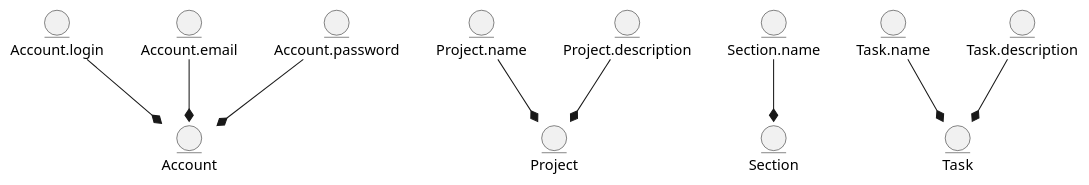
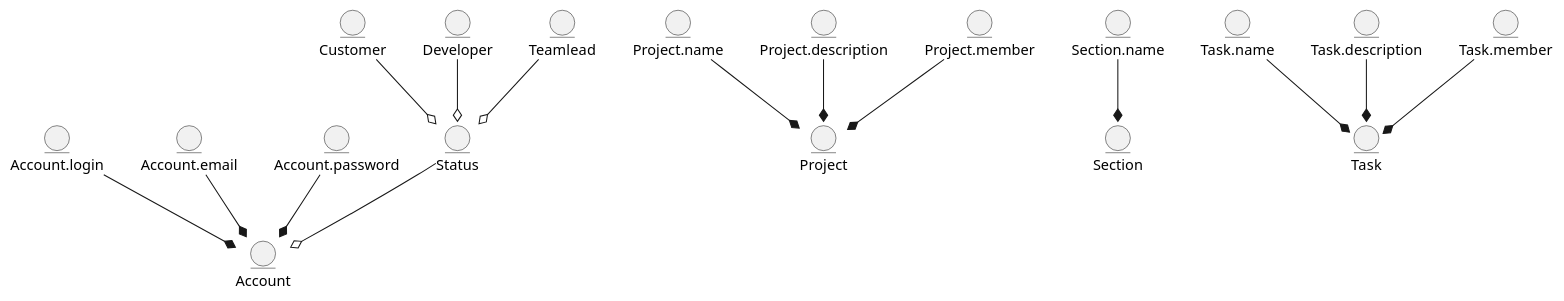
The diagram in docs/design/README.md (boldak/edu-db-cw), drawn with PlantUML before and after one commit.

Commit message:
some changes to entities

```diff
--- a/docs/design/README.md
+++ b/docs/design/README.md
@@ -15,31 +15,47 @@
 @startuml
 
     entity Account
     entity Account.login
     entity Account.email
     entity Account.password
 
+    entity Customer
+    entity Developer
+    entity Teamlead
+
+    entity Status
+
     entity Project
     entity Project.name
     entity Project.description
+    entity Project.member
 
     entity Section
     entity Section.name
 
     entity Task
     entity Task.name
     entity Task.description
+    entity Task.member
 
     Account.login --* Account
     Account.email --* Account
     Account.password --* Account
 
+    Customer --o Status
+    Developer --o Status
+    Teamlead --o Status
+
+    Status --o Account
+
     Project.name --* Project
     Project.description --* Project
+    Project.member --* Project
 
     Section.name --* Section
 
     Task.name --* Task
     Task.description --* Task
+    Task.member --* Task
 
 @enduml
```
